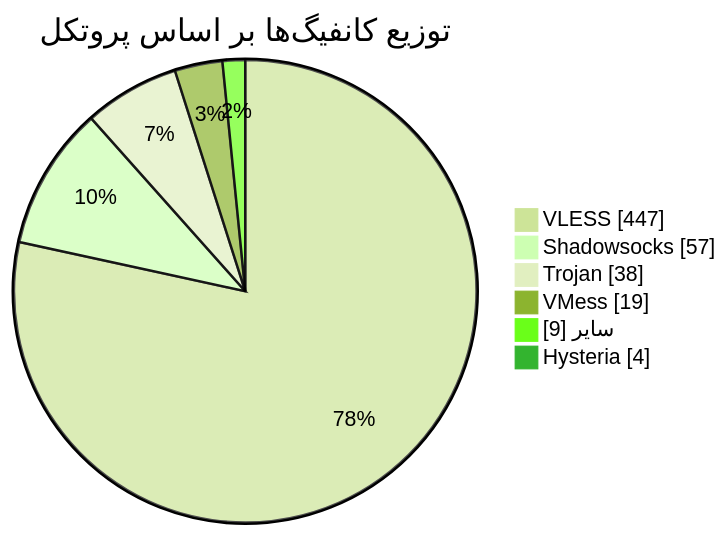
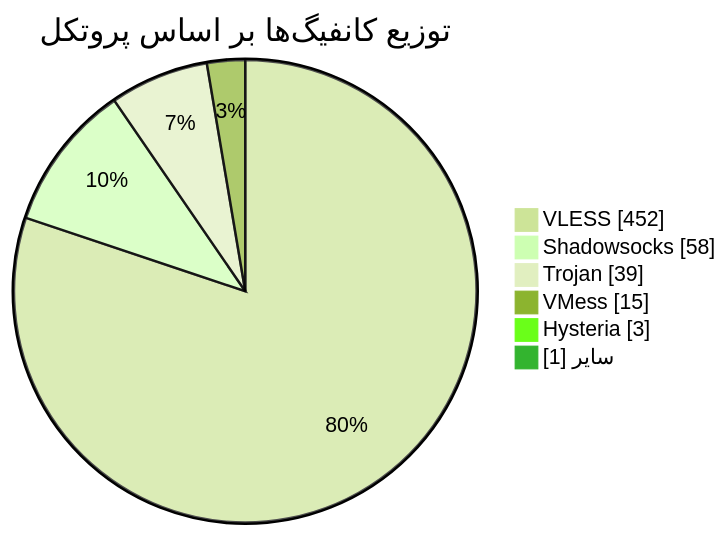
The diagram in README.md (Arian-Alijani/Somthing), drawn with Mermaid (forest theme) before and after one commit. The commit also changed other lines of this file and 19 other files, not shown here.

````diff
--- a/README.md
+++ b/README.md
@@ -48,10 +48,10 @@
 ```mermaid
 pie showData
     title توزیع کانفیگ‌ها بر اساس پروتکل
-    "VLESS" : 447
-    "Shadowsocks" : 57
-    "Trojan" : 38
-    "VMess" : 19
-    "سایر" : 9
-    "Hysteria" : 4
+    "VLESS" : 452
+    "Shadowsocks" : 58
+    "Trojan" : 39
+    "VMess" : 15
+    "Hysteria" : 3
+    "سایر" : 1
 ```
````
